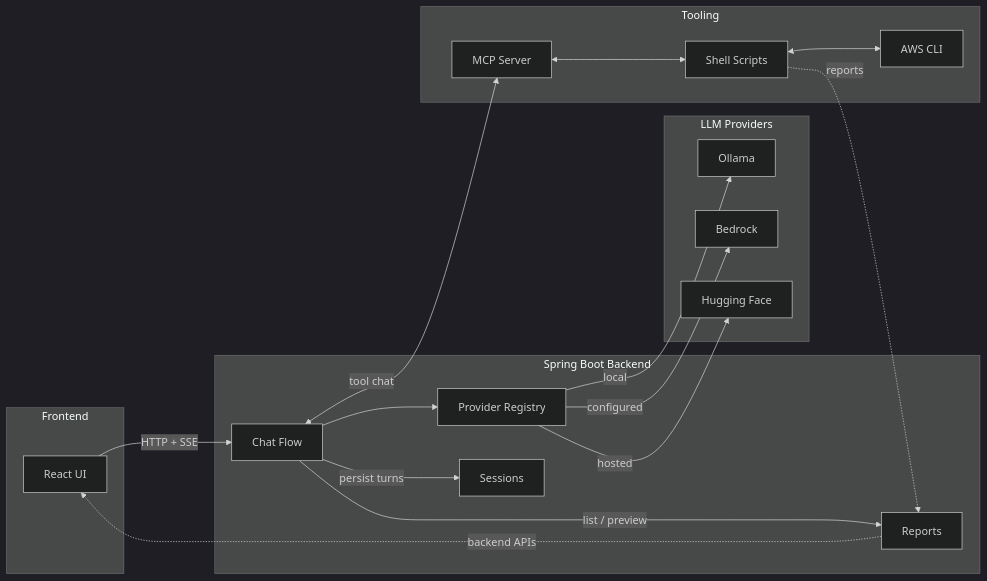
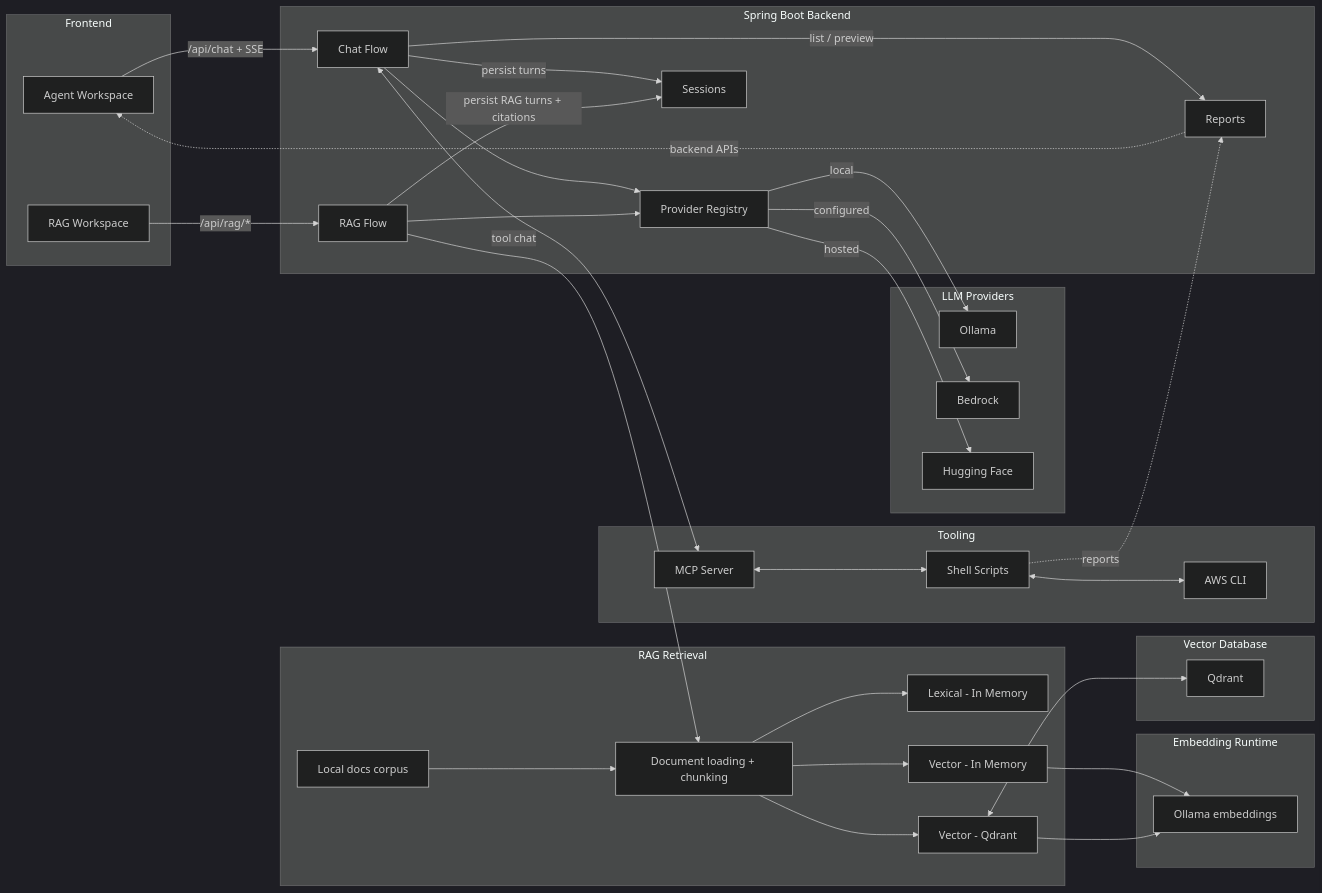
Before and after one commit to jrodolfo/local-genai-lab: the diagram in docs/architecture-overview.md, drawn with Mermaid (dark theme). The commit also changed other lines of this file and 2 other files, not shown here.

Commit message:
add rag to architecture overview

````diff
--- a/docs/architecture-overview.md
+++ b/docs/architecture-overview.md
@@ -12,41 +17,71 @@
 ```mermaid
 flowchart LR
   subgraph UI[Frontend]
-    ReactUI[React UI]
+    AgentUI[Agent Workspace]
+    RagUI[RAG Workspace]
   end
 
   subgraph API[Spring Boot Backend]
     ChatFlow[Chat Flow]
+    RagFlow[RAG Flow]
     ProviderHub[Provider Registry]
     Sessions[Sessions]
     Reports[Reports]
+  end
+
+  subgraph RagRetrieval[RAG Retrieval]
+    Docs[Local docs corpus]
+    Chunking[Document loading + chunking]
+    Lexical[Lexical - In Memory]
+    VectorMemory[Vector - In Memory]
+    VectorQdrant[Vector - Qdrant]
+  end
+
+  subgraph Embeddings[Embedding Runtime]
+    OllamaEmbeddings[Ollama embeddings]
+  end
+
+  subgraph VectorDB[Vector Database]
+    Qdrant[Qdrant]
   end
 
   subgraph Providers[LLM Providers]
     Ollama[Ollama]
     Bedrock[Bedrock]
     HF[Hugging Face]
   end
 
   subgraph Tools[Tooling]
     MCP[MCP Server]
     Scripts[Shell Scripts]
     AWS[AWS CLI]
   end
 
-  ReactUI -->|HTTP + SSE| ChatFlow
+  AgentUI -->|/api/chat + SSE| ChatFlow
+  RagUI -->|/api/rag/*| RagFlow
+
   ChatFlow --> ProviderHub
+  RagFlow --> ProviderHub
+  RagFlow --> Chunking
+  Docs --> Chunking
+  Chunking --> Lexical
+  Chunking --> VectorMemory
+  Chunking --> VectorQdrant
+  VectorMemory --> OllamaEmbeddings
+  VectorQdrant --> OllamaEmbeddings
+  VectorQdrant <--> Qdrant
 
   ProviderHub -->|local| Ollama
   ProviderHub -->|configured| Bedrock
   ProviderHub -->|hosted| HF
   ChatFlow <-->|tool chat| MCP
 
   MCP <--> Scripts
   Scripts <--> AWS
   Scripts -. reports .-> Reports
 
   ChatFlow -->|persist turns| Sessions
+  RagFlow -->|persist RAG turns + citations| Sessions
   ChatFlow -->|list / preview| Reports
-  Reports -. backend APIs .-> ReactUI
+  Reports -. backend APIs .-> AgentUI
 ```
````
